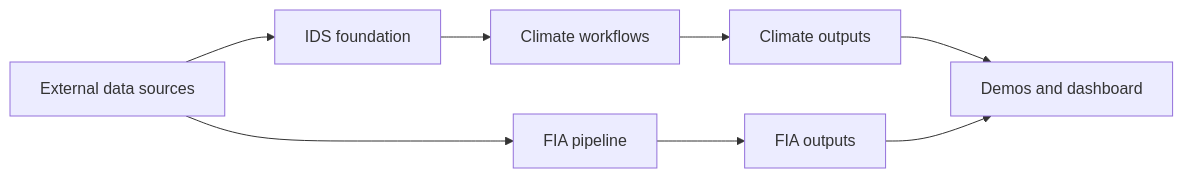
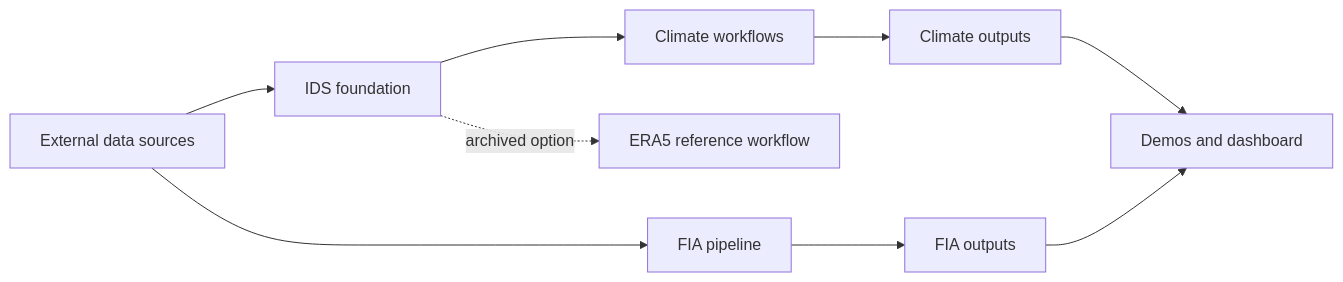
One commit to rellimylime/forest-data-compilation changed the diagram in README.md. Above: the diagram before and after it, drawn with Mermaid. The commit also changed other lines of this file and 10 other files, not shown here.

````diff
--- a/README.md
+++ b/README.md
@@ -41,10 +46,11 @@
 ```mermaid
 flowchart LR
   A[External data sources] --> B[IDS foundation]
   A --> C[FIA pipeline]
   B --> D[Climate workflows]
   D --> E[Climate outputs]
   C --> F[FIA outputs]
   E --> G[Demos and dashboard]
   F --> G
+  B -. archived option .-> H[ERA5 reference workflow]
 ```
````
